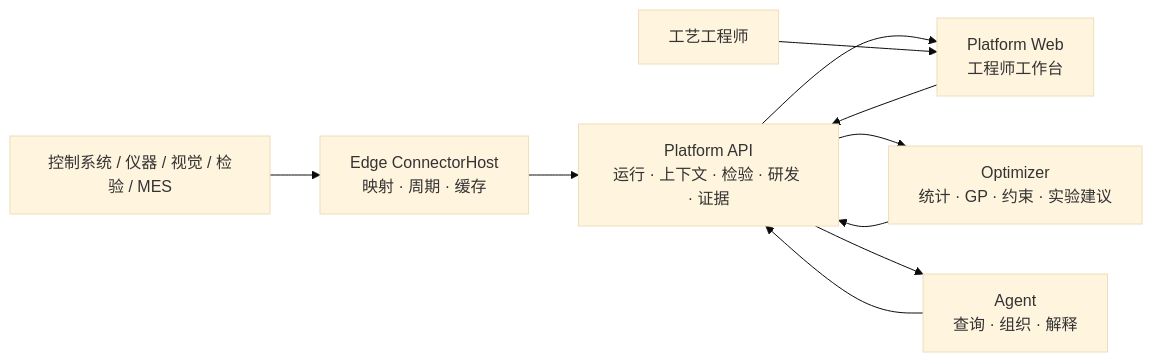
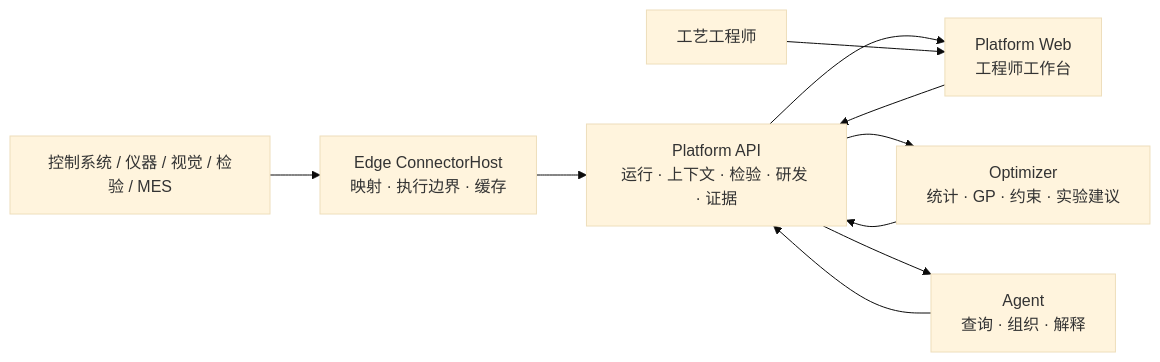
The diagram in README.md (liuweichaox/Ingot), drawn with Mermaid (base theme) before and after one commit. The commit also changed other lines of this file and 308 other files, not shown here.

````diff
--- a/README.md
+++ b/README.md
@@ -100,12 +100,12 @@
 ```mermaid
 flowchart LR
-    Sources["控制系统 / 仪器 / 视觉 / 检验 / MES"] --> Edge["Edge ConnectorHost\n映射 · 周期 · 缓存"]
+    Sources["控制系统 / 仪器 / 视觉 / 检验 / MES"] --> Edge["Edge ConnectorHost\n映射 · 执行边界 · 缓存"]
     Edge --> Platform["Platform API\n运行 · 上下文 · 检验 · 研发 · 证据"]
     Platform --> Web["Platform Web\n工程师工作台"]
     Platform --> Optimizer["Optimizer\n统计 · GP · 约束 · 实验建议"]
     Platform --> Agent["Agent\n查询 · 组织 · 解释"]
     Engineer["工艺工程师"] --> Web
     Web --> Platform
     Optimizer --> Platform
     Agent --> Platform
 ```
````
